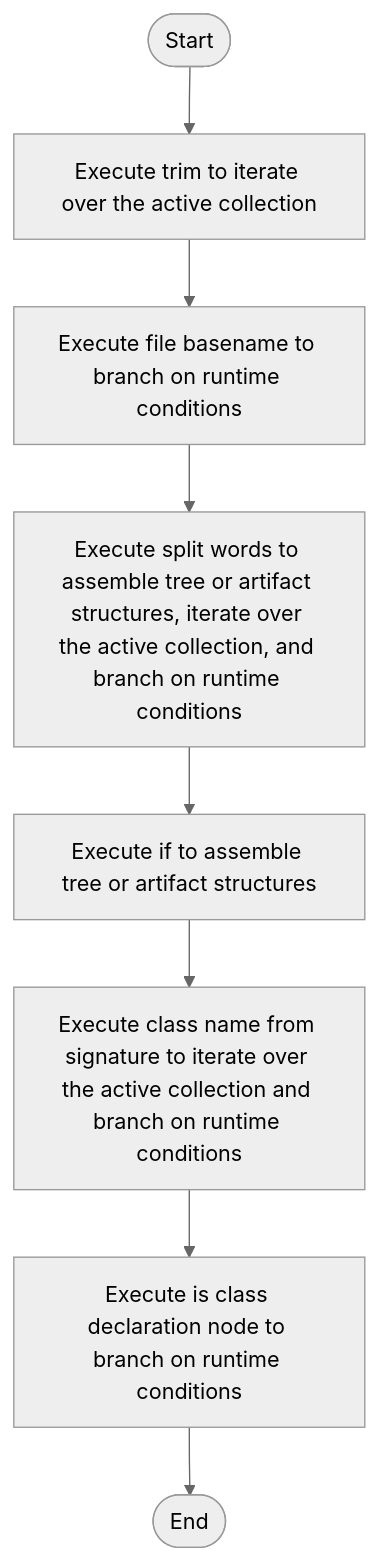
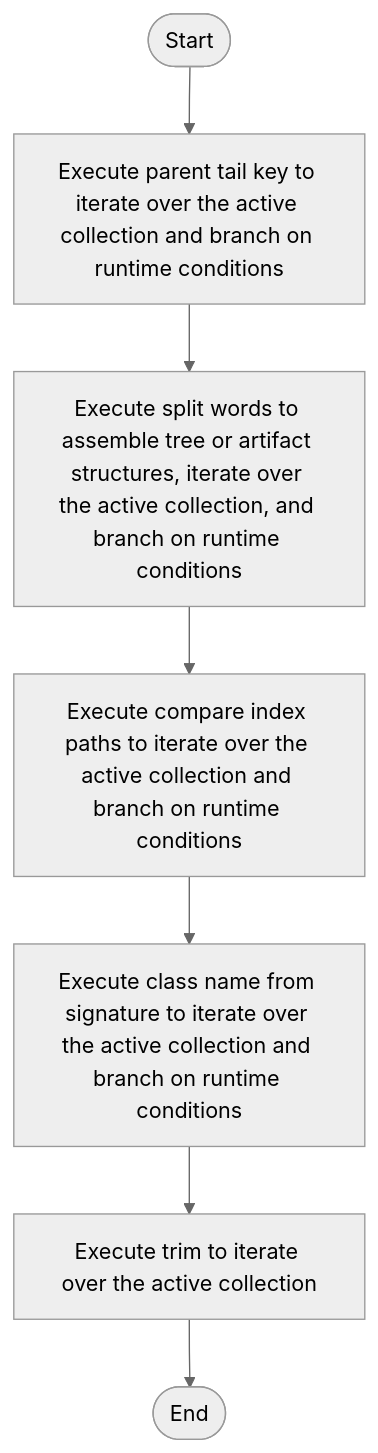
The diagram in docs/Codebase/Microservice/Modules/Source/SyntacticBrokenAST/ParseTree/hash_links_common.cpp.md (JohnAndrewBalbarosa/NeoTerritory), drawn with Mermaid (neutral theme) before and after one commit. The commit also changed 148 other files, not shown here.

````diff
--- a/docs/Codebase/Microservice/Modules/Source/SyntacticBrokenAST/ParseTree/hash_links_common.cpp.md
+++ b/docs/Codebase/Microservice/Modules/Source/SyntacticBrokenAST/ParseTree/hash_links_common.cpp.md
@@ -36,18 +36,16 @@
 ```mermaid
 flowchart TD
     Start([Start])
-    N0[Execute trim to iterate over the active collection]
-    N1[Execute file basename to branch on runtime conditions]
-    N2[Execute split words to assemble tree or artifact structures, iterate over the active collection, and branch on runtime conditions]
-    N3[Execute if to assemble tree or artifact structures]
-    N4[Execute class name from signature to iterate over the active collection and branch on runtime conditions]
-    N5[Execute is class declaration node to branch on runtime conditions]
+    N0[Execute parent tail key to iterate over the active collection and branch on runtime conditions]
+    N1[Execute split words to assemble tree or artifact structures, iterate over the active collection, and branch on runtime conditions]
+    N2[Execute compare index paths to iterate over the active collection and branch on runtime conditions]
+    N3[Execute class name from signature to iterate over the active collection and branch on runtime conditions]
+    N4[Execute trim to iterate over the active collection]
     End([End])
     Start --> N0
     N0 --> N1
     N1 --> N2
     N2 --> N3
     N3 --> N4
-    N4 --> N5
-    N5 --> End
+    N4 --> End
 ```
````
